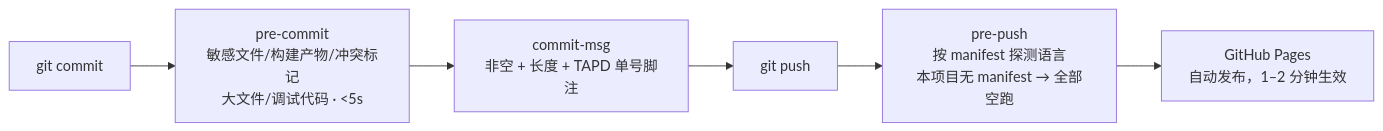
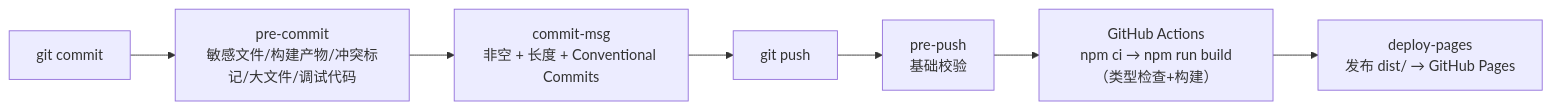
One commit to GuoxinL/workbench changed the diagram in .harness/docs/devops/development.md. Above: the diagram before and after it, drawn with Mermaid. The commit also changed other lines of this file and 27 other files, not shown here.

````diff
--- a/.harness/docs/devops/development.md
+++ b/.harness/docs/devops/development.md
@@ -165,8 +128,9 @@
 ```mermaid
 graph LR
-    A[git commit] --> B[pre-commit<br/>敏感文件/构建产物/冲突标记<br/>大文件/调试代码 · <5s]
-    B --> C[commit-msg<br/>非空 + 长度 + TAPD 单号脚注]
+    A[git commit] --> B[pre-commit<br/>敏感文件/构建产物/冲突标记/大文件/调试代码]
+    B --> C[commit-msg<br/>非空 + 长度 + Conventional Commits]
     C --> D[git push]
-    D --> E[pre-push<br/>按 manifest 探测语言<br/>本项目无 manifest → 全部空跑]
-    E --> F[GitHub Pages<br/>自动发布，1–2 分钟生效]
+    D --> E[pre-push<br/>基础校验]
+    E --> F[GitHub Actions<br/>npm ci → npm run build（类型检查+构建）]
+    F --> G[deploy-pages<br/>发布 dist/ → GitHub Pages]
 ```
````
